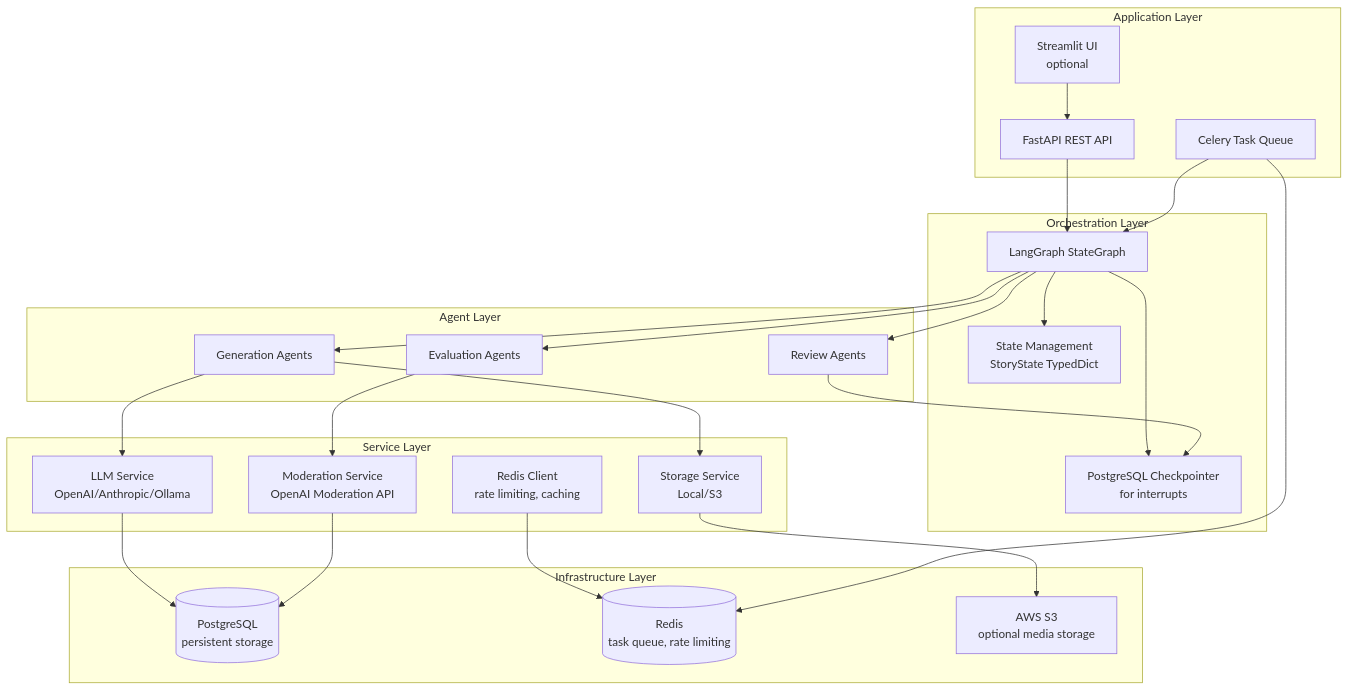
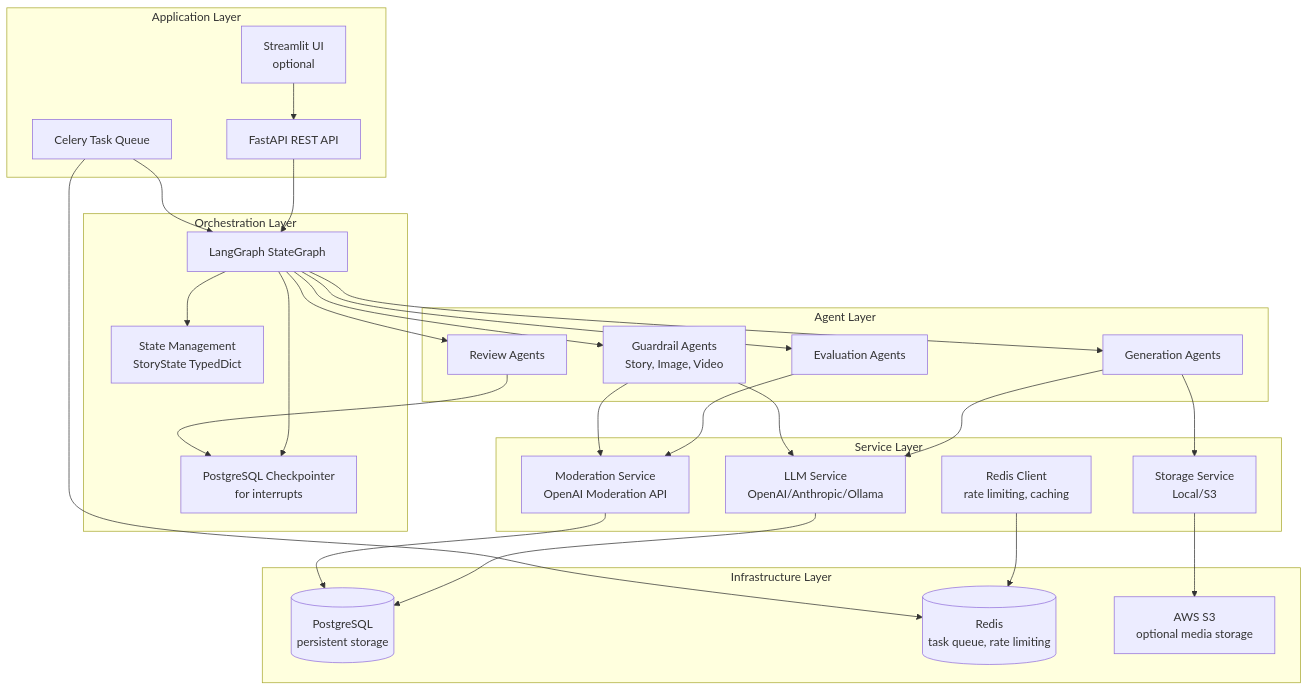
The first of 2 diagrams in docs/architecture.md (kanavkalra-in/kids_story_agent), drawn with Mermaid before and after one commit. The commit also changed other lines of this file and 3 other files, not shown here.

````diff
--- a/docs/architecture.md
+++ b/docs/architecture.md
@@ -11,51 +11,55 @@
 ```mermaid
 graph TB
     subgraph App["Application Layer"]
         API["FastAPI REST API"]
         CELERY["Celery Task Queue"]
         UI["Streamlit UI<br/>optional"]
     end
     
     subgraph Orchestration["Orchestration Layer"]
         GRAPH["LangGraph StateGraph"]
         CHECKPOINT["PostgreSQL Checkpointer<br/>for interrupts"]
         STATE["State Management<br/>StoryState TypedDict"]
     end
     
     subgraph Agents["Agent Layer"]
         GEN["Generation Agents"]
         EVAL_AGENTS["Evaluation Agents"]
+        GUARD_AGENTS["Guardrail Agents<br/>Story, Image, Video"]
         REVIEW_AGENTS["Review Agents"]
     end
     
     subgraph Services["Service Layer"]
         LLM["LLM Service<br/>OpenAI/Anthropic/Ollama"]
         MOD["Moderation Service<br/>OpenAI Moderation API"]
         STORAGE["Storage Service<br/>Local/S3"]
         REDIS_SVC["Redis Client<br/>rate limiting, caching"]
     end
     
     subgraph Infrastructure["Infrastructure Layer"]
         PG[("PostgreSQL<br/>persistent storage")]
         REDIS_INF[("Redis<br/>task queue, rate limiting")]
         S3["AWS S3<br/>optional media storage"]
     end
     
     API --> GRAPH
     CELERY --> GRAPH
     UI --> API
     GRAPH --> CHECKPOINT
     GRAPH --> STATE
     GRAPH --> GEN
     GRAPH --> EVAL_AGENTS
+    GRAPH --> GUARD_AGENTS
     GRAPH --> REVIEW_AGENTS
     GEN --> LLM
     EVAL_AGENTS --> MOD
+    GUARD_AGENTS --> MOD
+    GUARD_AGENTS --> LLM
     GEN --> STORAGE
     REVIEW_AGENTS --> CHECKPOINT
     LLM --> PG
     MOD --> PG
     STORAGE --> S3
     REDIS_SVC --> REDIS_INF
     CELERY --> REDIS_INF
 ```
````
